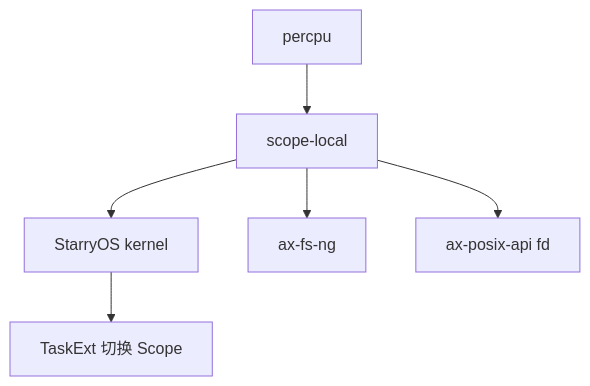
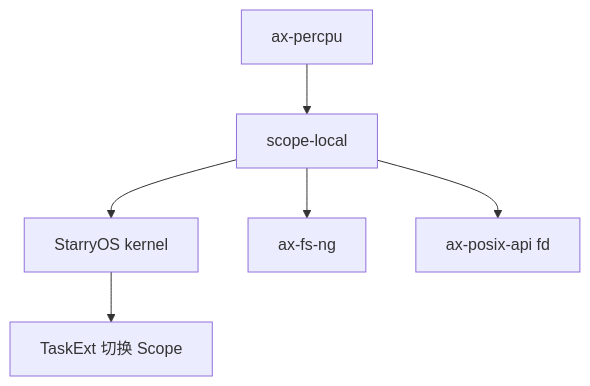
Before and after one commit to zKurisu/tgoskits: the diagram in docs/crates/scope-local.md, drawn with Mermaid. The commit also changed other lines of this file and 71 other files, not shown here.

````diff
--- a/docs/crates/scope-local.md
+++ b/docs/crates/scope-local.md
@@ -131,9 +131,9 @@
 ```mermaid
 graph TD
     A[scope-local]
-    B[percpu] --> A
+    B[ax-percpu] --> A
     A --> C[StarryOS kernel]
     A --> D[ax-fs-ng]
     A --> E[ax-posix-api fd]
     C --> F[TaskExt 切换 Scope]
 ```
````
